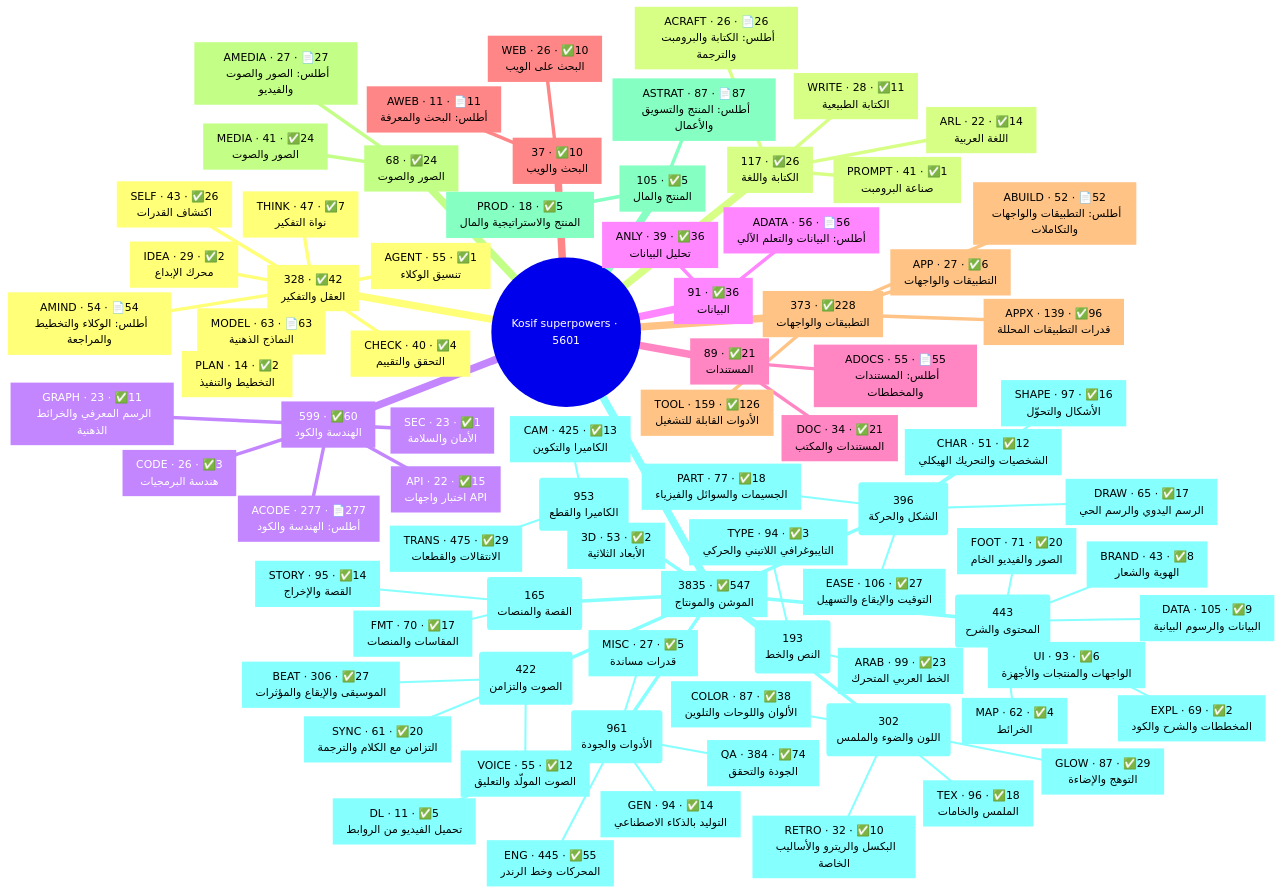
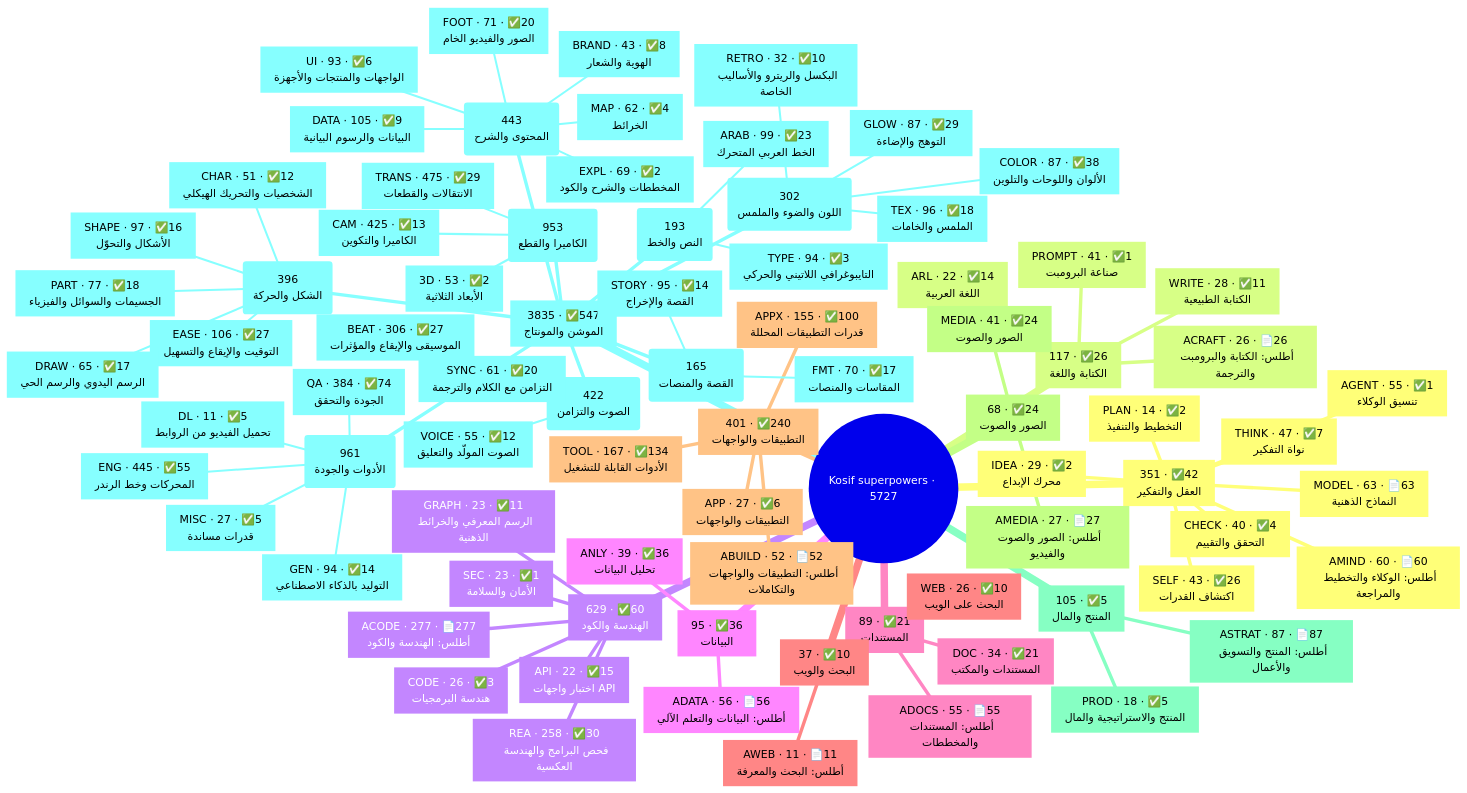
Before and after one commit to kosif199022-jpg/kosif-tool: the first of 2 diagrams in .claude/skills/kosif-superpowers/references/capability-map.md, drawn with Mermaid. The commit also changed other lines of this file and 58 other files, not shown here.

````diff
--- a/.claude/skills/kosif-superpowers/references/capability-map.md
+++ b/.claude/skills/kosif-superpowers/references/capability-map.md
@@ -18,14 +18,14 @@
 ```mermaid
 mindmap
-  root((Kosif superpowers · 5601))
-    n1["`328 · ✅42
+  root((Kosif superpowers · 5727))
+    n1["`351 · ✅42
 العقل والتفكير`"]
       n2["`MODEL · 63 · 📄63
 النماذج الذهنية`"]
-      n3["`AGENT · 55 · ✅1
+      n3["`AMIND · 60 · 📄60
+أطلس: الوكلاء والتخطيط والمراجعة`"]
+      n4["`AGENT · 55 · ✅1
 تنسيق الوكلاء`"]
-      n4["`AMIND · 54 · 📄54
-أطلس: الوكلاء والتخطيط والمراجعة`"]
       n5["`THINK · 47 · ✅7
 نواة التفكير`"]
       n6["`SELF · 43 · ✅26
@@ -46,10 +46,12 @@
 أطلس: الكتابة والبرومبت والترجمة`"]
       n14["`ARL · 22 · ✅14
 اللغة العربية`"]
-    n15["`599 · ✅60
+    n15["`629 · ✅60
 الهندسة والكود`"]
       n16["`ACODE · 277 · 📄277
 أطلس: الهندسة والكود`"]
+      n17["`REA · 258 · ✅30
+فحص البرامج والهندسة العكسية`"]
       n18["`CODE · 26 · ✅3
 هندسة البرمجيات`"]
       n19["`GRAPH · 23 · ✅11
@@ -58,7 +60,7 @@
 الأمان والسلامة`"]
       n21["`API · 22 · ✅15
 اختبار واجهات API`"]
-    n22["`91 · ✅36
+    n22["`95 · ✅36
 البيانات`"]
       n23["`ADATA · 56 · 📄56
 أطلس: البيانات والتعلم الآلي`"]
@@ -76,11 +78,11 @@
 البحث على الويب`"]
       n30["`AWEB · 11 · 📄11
 أطلس: البحث والمعرفة`"]
-    n31["`373 · ✅228
+    n31["`401 · ✅240
 التطبيقات والواجهات`"]
-      n32["`TOOL · 159 · ✅126
+      n32["`TOOL · 167 · ✅134
 الأدوات القابلة للتشغيل`"]
-      n33["`APPX · 139 · ✅96
+      n33["`APPX · 155 · ✅100
 قدرات التطبيقات المحللة`"]
       n34["`ABUILD · 52 · 📄52
 أطلس: التطبيقات والواجهات والتكاملات`"]
````
